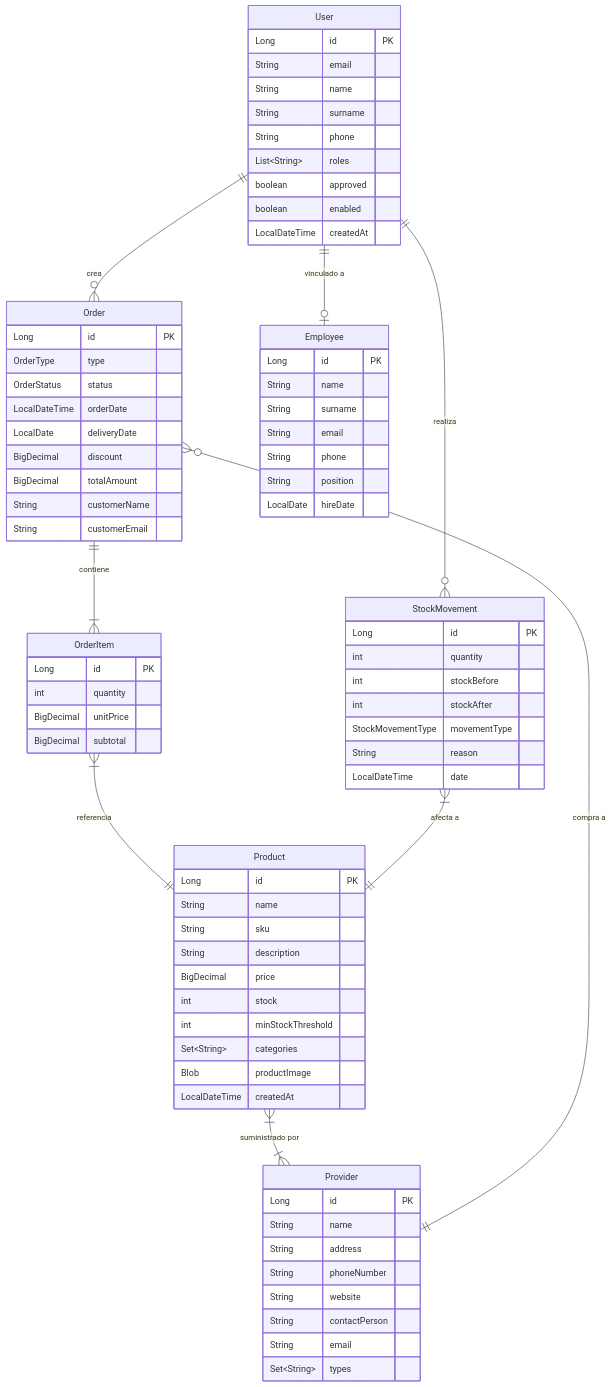
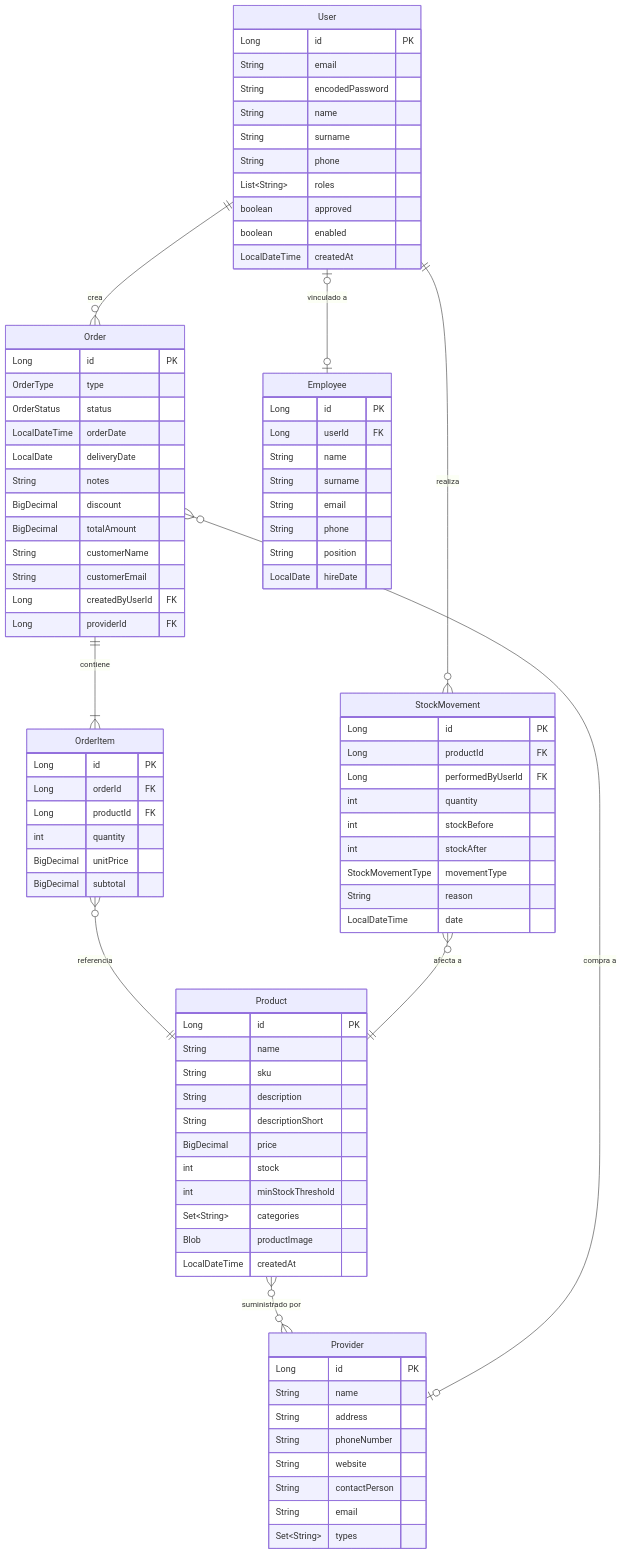
One commit to codeurjc-students/Shopventory changed the first of 5 diagrams in README.md. Above: the diagram before and after it, drawn with Mermaid. The commit also changed other lines of this file, not shown here.

First line of the commit message:
Update README with new schema fields and diagrams

````diff
--- a/README.md
+++ b/README.md
@@ -68,6 +68,7 @@
     User {
         Long id PK
         String email
+        String encodedPassword
         String name
         String surname
         String phone
@@ -81,6 +82,7 @@
         String name
         String sku
         String description
+        String descriptionShort
         BigDecimal price
         int stock
         int minStockThreshold
@@ -104,19 +106,26 @@
         OrderStatus status
         LocalDateTime orderDate
         LocalDate deliveryDate
+        String notes
         BigDecimal discount
         BigDecimal totalAmount
         String customerName
         String customerEmail
+        Long createdByUserId FK
+        Long providerId FK
     }
     OrderItem {
         Long id PK
+        Long orderId FK
+        Long productId FK
         int quantity
         BigDecimal unitPrice
         BigDecimal subtotal
     }
     StockMovement {
         Long id PK
+        Long productId FK
+        Long performedByUserId FK
         int quantity
         int stockBefore
         int stockAfter
@@ -126,6 +135,7 @@
     }
     Employee {
         Long id PK
+        Long userId FK
         String name
         String surname
         String email
@@ -135,11 +145,11 @@
     }
 
     User ||--o{ Order : "crea"
-    User ||--o| Employee : "vinculado a"
+    User |o--o| Employee : "vinculado a"
     User ||--o{ StockMovement : "realiza"
     Order ||--|{ OrderItem : "contiene"
-    OrderItem }|--|| Product : "referencia"
-    Product }|--|{ Provider : "suministrado por"
-    Order }o--|| Provider : "compra a"
-    StockMovement }|--|| Product : "afecta a"
+    OrderItem }o--|| Product : "referencia"
+    Product }o--o{ Provider : "suministrado por"
+    Order }o--o| Provider : "compra a"
+    StockMovement }o--|| Product : "afecta a"
 ```
````
